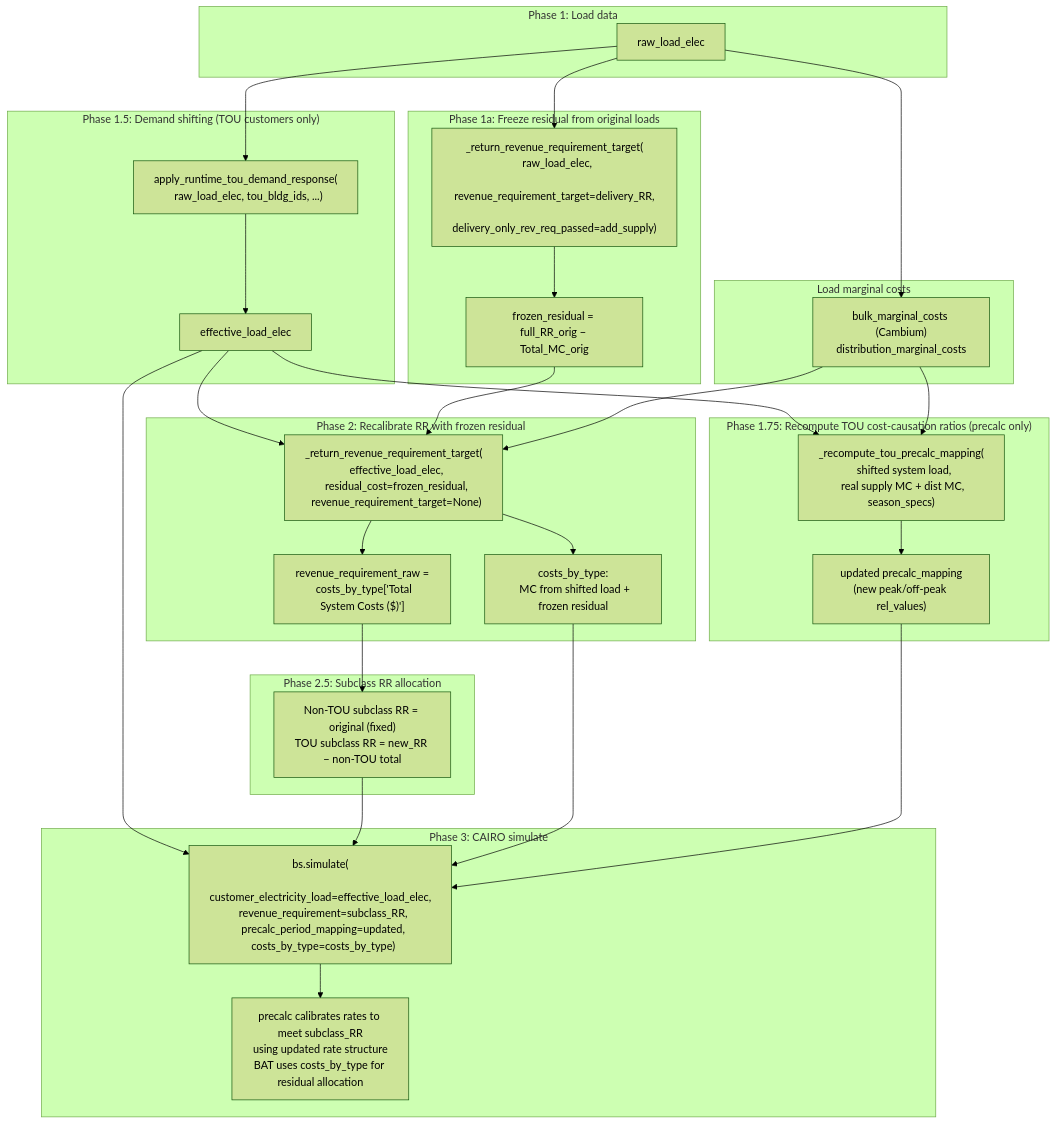
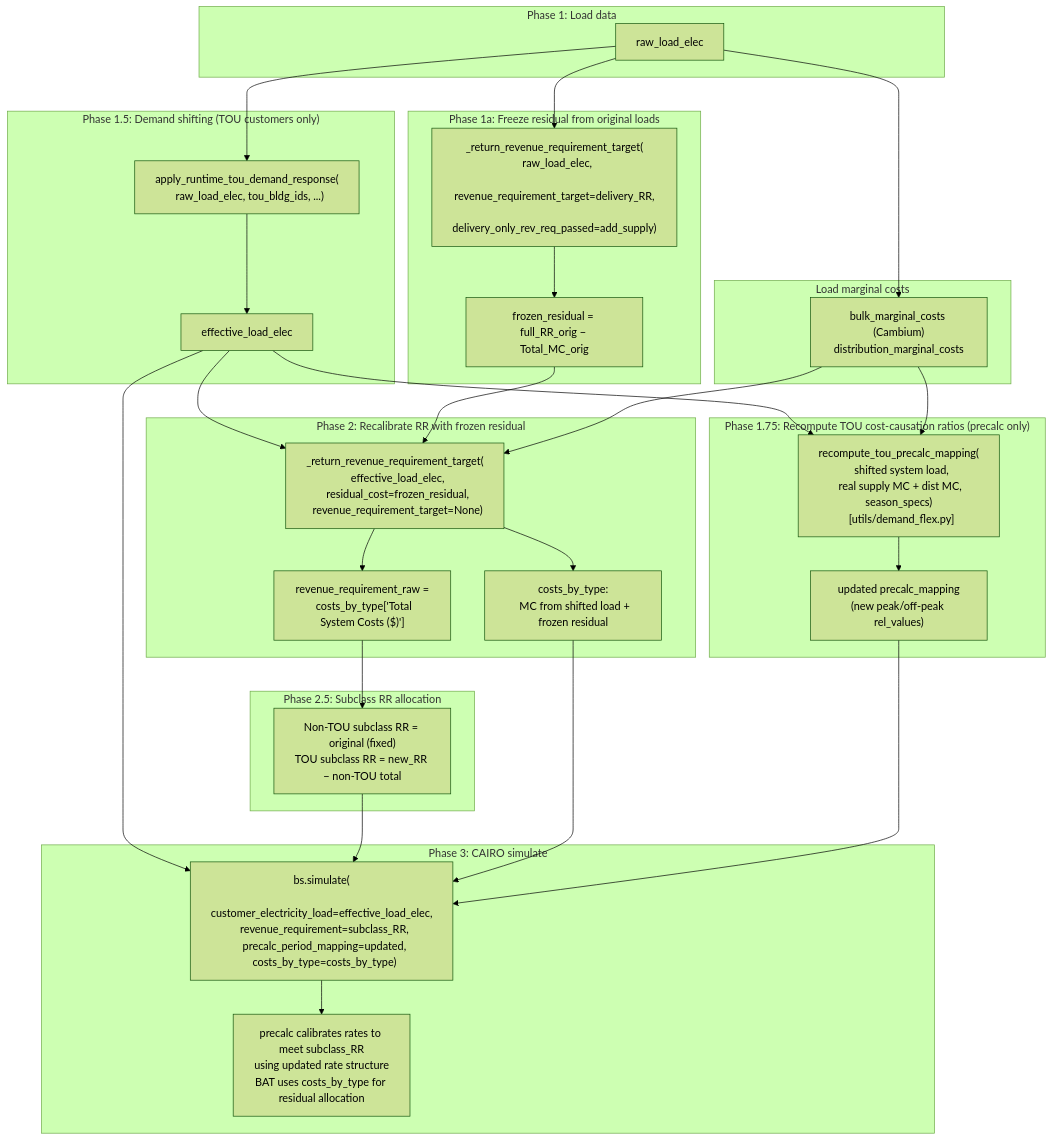
One commit to switchbox-data/rate-design-platform changed the diagram in context/tools/cairo_demand_flexibility_workflow.md. Above: the diagram before and after it, drawn with Mermaid (forest theme). The commit also changed other lines of this file and 318 other files, not shown here.

````diff
--- a/context/tools/cairo_demand_flexibility_workflow.md
+++ b/context/tools/cairo_demand_flexibility_workflow.md
@@ -46,46 +53,46 @@
 ```mermaid
 flowchart TD
     subgraph phase1 ["Phase 1: Load data"]
         A[raw_load_elec]
     end
 
     subgraph mc ["Load marginal costs"]
         A --> MC["bulk_marginal_costs (Cambium)\ndistribution_marginal_costs"]
     end
 
     subgraph phase1a ["Phase 1a: Freeze residual from original loads"]
         A --> B["_return_revenue_requirement_target(\n  raw_load_elec,\n  revenue_requirement_target=delivery_RR,\n  delivery_only_rev_req_passed=add_supply)"]
         B --> C["frozen_residual = full_RR_orig − Total_MC_orig"]
     end
 
     subgraph phase1b ["Phase 1.5: Demand shifting (TOU customers only)"]
         A --> D["apply_runtime_tou_demand_response(\n  raw_load_elec, tou_bldg_ids, ...)"]
         D --> E[effective_load_elec]
     end
 
     subgraph phase175 ["Phase 1.75: Recompute TOU cost-causation ratios (precalc only)"]
-        E --> CC["_recompute_tou_precalc_mapping(\n  shifted system load,\n  real supply MC + dist MC, season_specs)"]
+        E --> CC["recompute_tou_precalc_mapping(\n  shifted system load,\n  real supply MC + dist MC, season_specs)\n  [utils/demand_flex.py]"]
         MC --> CC
         CC --> PM["updated precalc_mapping\n(new peak/off-peak rel_values)"]
     end
 
     subgraph phase2 ["Phase 2: Recalibrate RR with frozen residual"]
         E --> F["_return_revenue_requirement_target(\n  effective_load_elec,\n  residual_cost=frozen_residual,\n  revenue_requirement_target=None)"]
         C --> F
         MC --> F
         F --> G["costs_by_type:\n  MC from shifted load + frozen residual"]
         F --> H["revenue_requirement_raw =\n  costs_by_type['Total System Costs ($)']"]
     end
 
     subgraph phase25 ["Phase 2.5: Subclass RR allocation"]
         H --> RR["Non-TOU subclass RR = original (fixed)\nTOU subclass RR = new_RR − non-TOU total"]
     end
 
     subgraph phase3 ["Phase 3: CAIRO simulate"]
         E --> I["bs.simulate(\n  customer_electricity_load=effective_load_elec,\n  revenue_requirement=subclass_RR,\n  precalc_period_mapping=updated,\n  costs_by_type=costs_by_type)"]
         RR --> I
         G --> I
         PM --> I
         I --> J["precalc calibrates rates to meet subclass_RR\nusing updated rate structure\nBAT uses costs_by_type for residual allocation"]
     end
 ```
````
